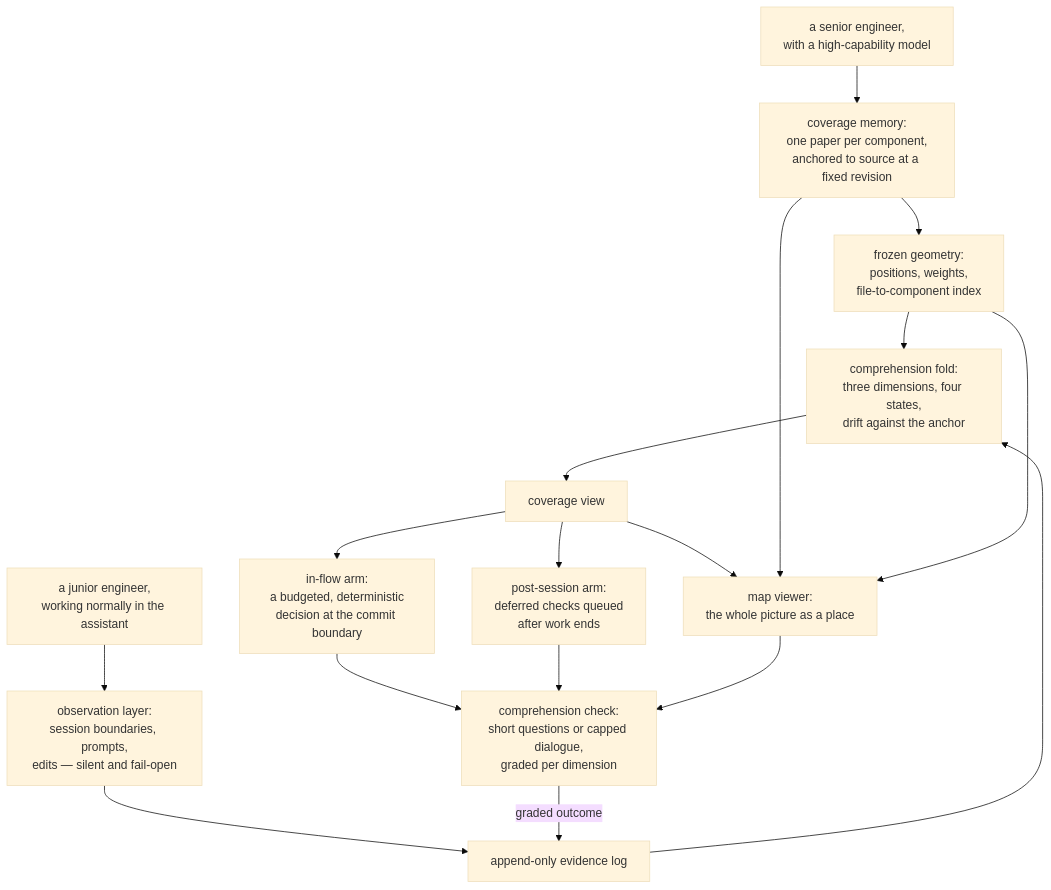
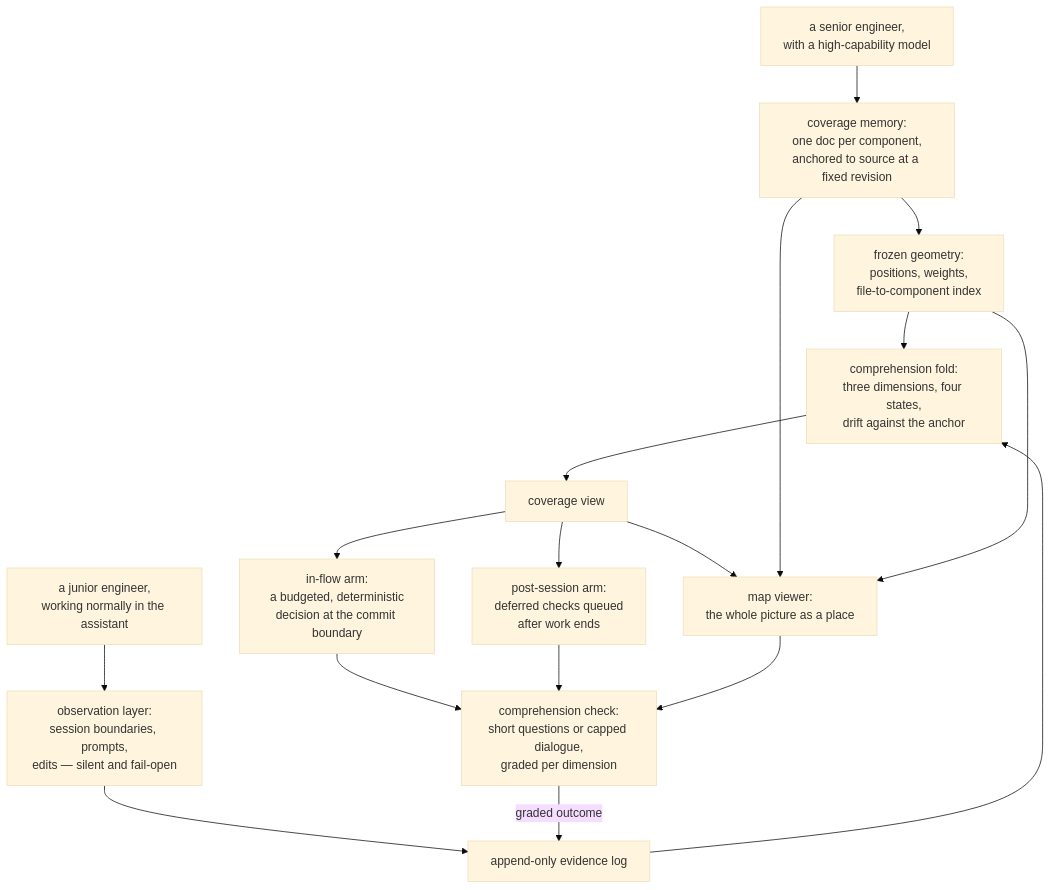
Before and after one commit to wooogler/scale: the diagram in .scale/README.md, drawn with Mermaid (base theme). The commit also changed other lines of this file and 101 other files, not shown here.

````diff
--- a/.scale/README.md
+++ b/.scale/README.md
@@ -13,32 +13,32 @@
 ```mermaid
 flowchart TD
     SENIOR["a senior engineer,<br/>with a high-capability model"]
-    MEM["coverage memory:<br/>one paper per component,<br/>anchored to source at a fixed revision"]
+    MEM["coverage memory:<br/>one doc per component,<br/>anchored to source at a fixed revision"]
     GEO["frozen geometry:<br/>positions, weights,<br/>file-to-component index"]
     JUNIOR["a junior engineer,<br/>working normally in the assistant"]
     HOOKS["observation layer:<br/>session boundaries, prompts,<br/>edits — silent and fail-open"]
     LOG["append-only evidence log"]
     FOLD["comprehension fold:<br/>three dimensions, four states,<br/>drift against the anchor"]
     COV["coverage view"]
     GATE["in-flow arm:<br/>a budgeted, deterministic<br/>decision at the commit boundary"]
     QUEST["post-session arm:<br/>deferred checks queued<br/>after work ends"]
     CHECK["comprehension check:<br/>short questions or capped dialogue,<br/>graded per dimension"]
     VIEW["map viewer:<br/>the whole picture as a place"]
 
     SENIOR --> MEM
     MEM --> GEO
     JUNIOR --> HOOKS
     HOOKS --> LOG
     LOG --> FOLD
     GEO --> FOLD
     FOLD --> COV
     COV --> GATE
     COV --> QUEST
     GATE --> CHECK
     QUEST --> CHECK
     CHECK -- "graded outcome" --> LOG
     COV --> VIEW
     MEM --> VIEW
     GEO --> VIEW
     VIEW --> CHECK
 ```
````
